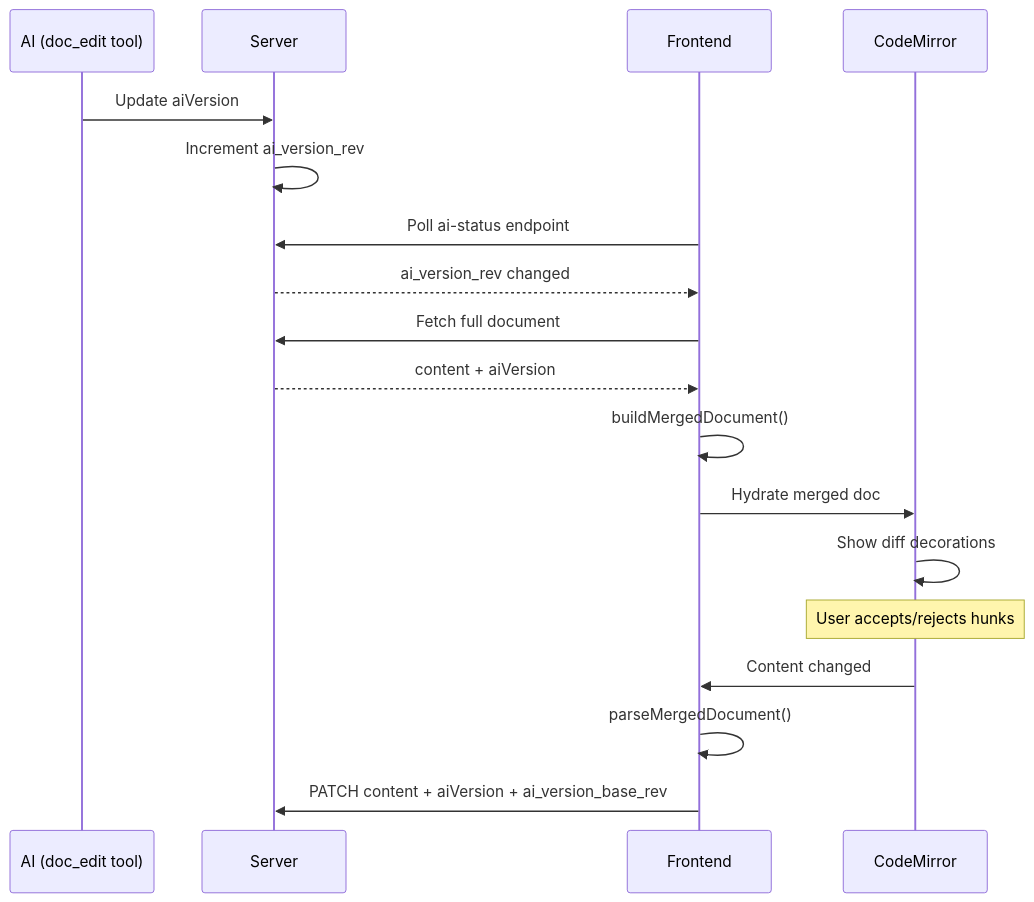
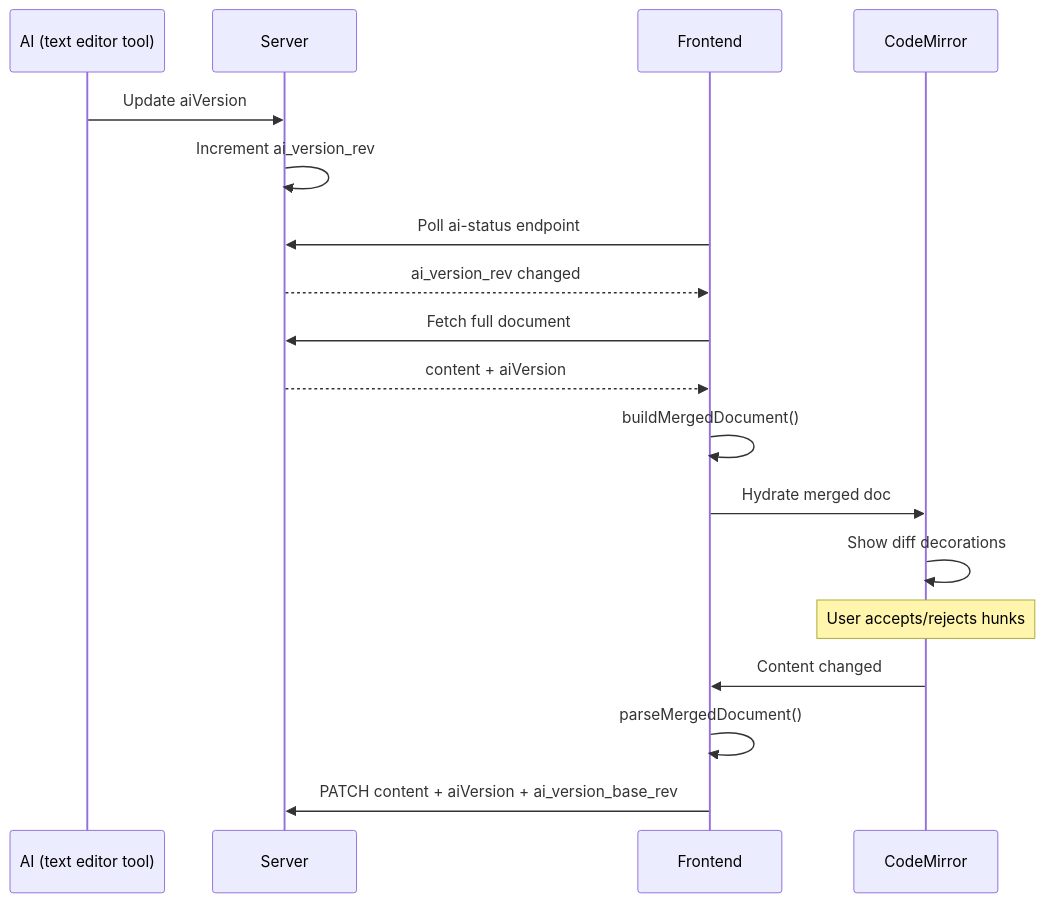
The second of 2 diagrams in _docs/features/fb-ai-editing/architecture.md (haowjy/meridian-flow), drawn with Mermaid before and after one commit. The commit also changed 152 other files, not shown here.

````diff
--- a/_docs/features/fb-ai-editing/architecture.md
+++ b/_docs/features/fb-ai-editing/architecture.md
@@ -69,23 +69,23 @@
 ```mermaid
 sequenceDiagram
-    participant AI as AI (doc_edit tool)
+    participant AI as AI (text editor tool)
     participant Server as Server
     participant Frontend as Frontend
     participant Editor as CodeMirror
 
     AI->>Server: Update aiVersion
     Server->>Server: Increment ai_version_rev
     Frontend->>Server: Poll ai-status endpoint
     Server-->>Frontend: ai_version_rev changed
     Frontend->>Server: Fetch full document
     Server-->>Frontend: content + aiVersion
     Frontend->>Frontend: buildMergedDocument()
     Frontend->>Editor: Hydrate merged doc
     Editor->>Editor: Show diff decorations
 
     Note over Editor: User accepts/rejects hunks
 
     Editor->>Frontend: Content changed
     Frontend->>Frontend: parseMergedDocument()
     Frontend->>Server: PATCH content + aiVersion + ai_version_base_rev
 ```
````
